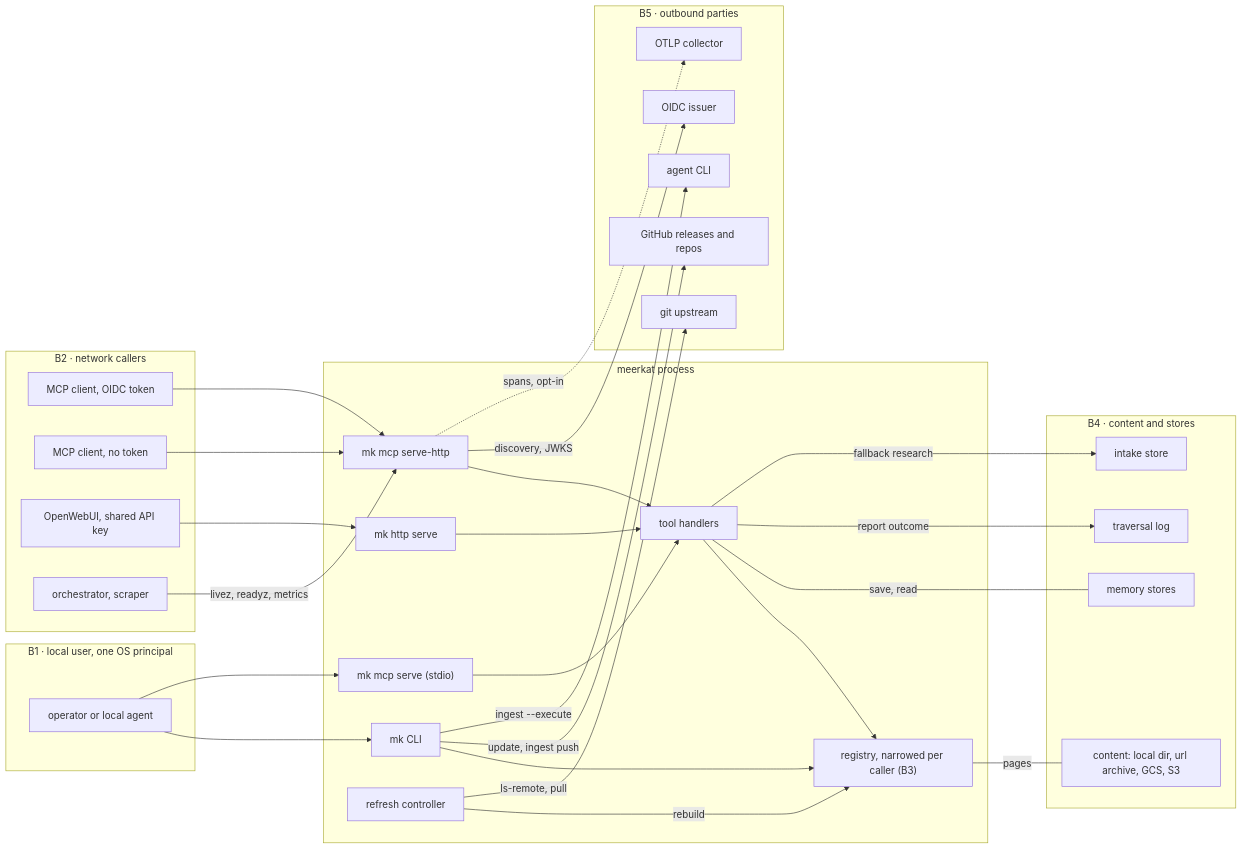
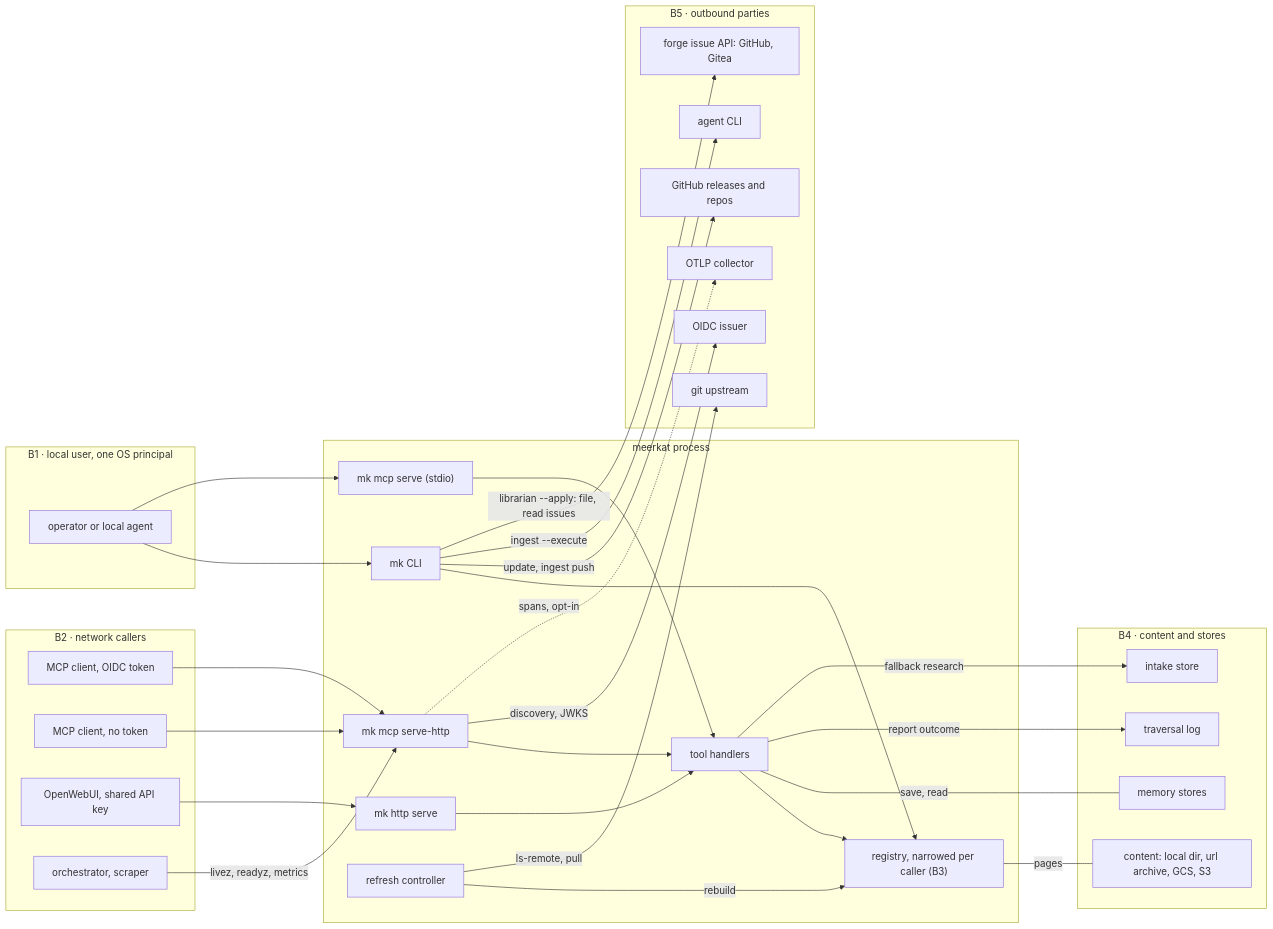
One commit to zegit-zoo/meerkat changed the diagram in docs/THREAT-MODEL.md. Above: the diagram before and after it, drawn with Mermaid. The commit also changed other lines of this file and 31 other files, not shown here.

````diff
--- a/docs/THREAT-MODEL.md
+++ b/docs/THREAT-MODEL.md
@@ -16,55 +16,57 @@
 ```mermaid
 flowchart LR
   subgraph B1["B1 · local user, one OS principal"]
     user["operator or local agent"]
   end
   subgraph B2["B2 · network callers"]
     oidc["MCP client, OIDC token"]
     anon["MCP client, no token"]
     owui["OpenWebUI, shared API key"]
     probe["orchestrator, scraper"]
   end
   subgraph P["meerkat process"]
     cli["mk CLI"]
     stdio["mk mcp serve (stdio)"]
     hosted["mk mcp serve-http"]
     httpd["mk http serve"]
     tools["tool handlers"]
     reg["registry, narrowed per caller (B3)"]
     ctl["refresh controller"]
   end
   subgraph B4["B4 · content and stores"]
     content["content: local dir, url archive, GCS, S3"]
     mem["memory stores"]
     intake["intake store"]
     tlog["traversal log"]
   end
   subgraph B5["B5 · outbound parties"]
     idp["OIDC issuer"]
     forge["git upstream"]
     gh["GitHub releases and repos"]
+    issues["forge issue API: GitHub, Gitea"]
     otlp["OTLP collector"]
     agent["agent CLI"]
   end
   user --> cli
   user --> stdio
   oidc --> hosted
   anon --> hosted
   owui --> httpd
   probe -->|"livez, readyz, metrics"| hosted
   stdio --> tools
   hosted --> tools
   httpd --> tools
   cli --> reg
   tools --> reg
   ctl -->|"rebuild"| reg
   reg ---|"pages"| content
   tools ---|"save, read"| mem
   tools -->|"report outcome"| tlog
   tools -->|"fallback research"| intake
   hosted -->|"discovery, JWKS"| idp
   ctl -->|"ls-remote, pull"| forge
   hosted -.->|"spans, opt-in"| otlp
   cli -->|"update, ingest push"| gh
   cli -->|"ingest --execute"| agent
+  cli -->|"librarian --apply: file, read issues"| issues
 ```
````
